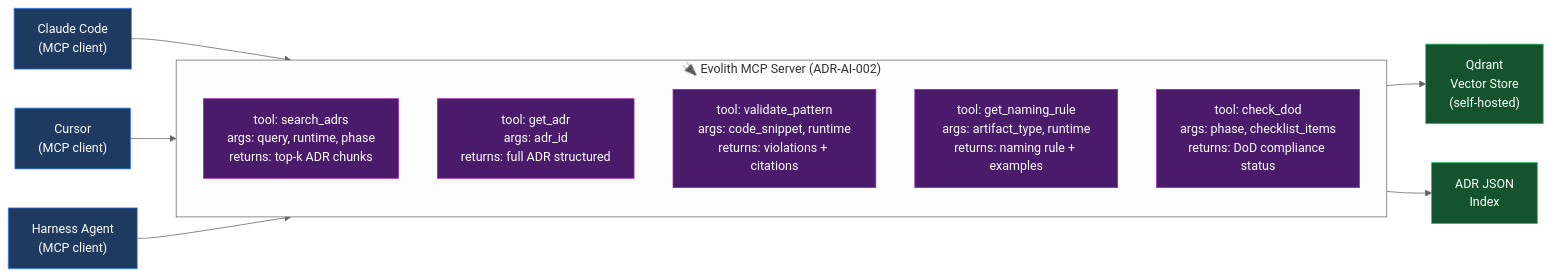
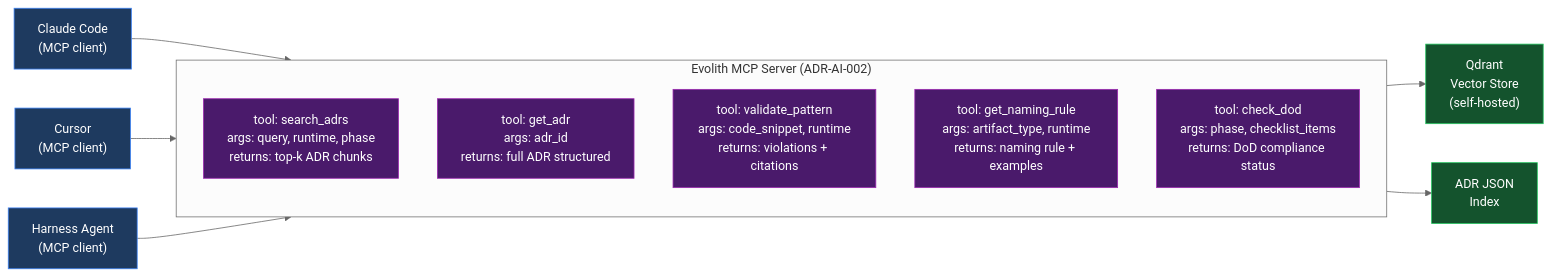
The fourth of 4 diagrams in reference/governance/standards/ai-augmented/08-architecture-ai-assistant/visuals/v10-knowledge-ingestion.md (beyondnetcode/evolith_arch32), drawn with Mermaid (neutral theme) before and after one commit. The commit also changed other lines of this file and 41 other files, not shown here.

````diff
--- a/reference/governance/standards/ai-augmented/08-architecture-ai-assistant/visuals/v10-knowledge-ingestion.md
+++ b/reference/governance/standards/ai-augmented/08-architecture-ai-assistant/visuals/v10-knowledge-ingestion.md
@@ -132,26 +132,26 @@
 ```mermaid
 flowchart LR
     classDef tool fill:#4a1a6b,stroke:#9c27b0,color:#fff
     classDef server fill:#14532d,stroke:#22c55e,color:#fff
     classDef client fill:#1e3a5f,stroke:#3b82f6,color:#fff
 
-    subgraph MCP_SERVER["🔌 Evolith MCP Server (ADR-AI-002)"]
+    subgraph MCP_SERVER[" Evolith MCP Server (ADR-AI-002)"]
         direction TB
         T1["tool: search_adrs\nargs: query, runtime, phase\nreturns: top-k ADR chunks"]:::tool
         T2["tool: get_adr\nargs: adr_id\nreturns: full ADR structured"]:::tool
         T3["tool: validate_pattern\nargs: code_snippet, runtime\nreturns: violations + citations"]:::tool
         T4["tool: get_naming_rule\nargs: artifact_type, runtime\nreturns: naming rule + examples"]:::tool
         T5["tool: check_dod\nargs: phase, checklist_items\nreturns: DoD compliance status"]:::tool
     end
 
     CLAUDE["Claude Code\n(MCP client)"]:::client
     CURSOR["Cursor\n(MCP client)"]:::client
     HARNESS["Harness Agent\n(MCP client)"]:::client
 
     CLAUDE --> MCP_SERVER
     CURSOR --> MCP_SERVER
     HARNESS --> MCP_SERVER
 
     MCP_SERVER --> VECTOR["Qdrant\nVector Store\n(self-hosted)"]:::server
     MCP_SERVER --> INDEX["ADR JSON\nIndex"]:::server
 ```
````
